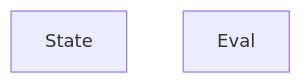
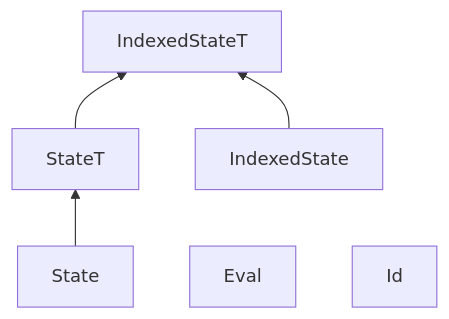
The second of 2 diagrams in README.md (lamdalib/kuram), drawn with Mermaid before and after one commit. The commit also changed other lines of this file, not shown here.

````diff
--- a/README.md
+++ b/README.md
@@ -147,5 +147,7 @@
 ```mermaid
 flowchart BT
-    State
+    State --> StateT --> IndexedStateT
+    IndexedState --> IndexedStateT
     Eval
+    Id
 ```
````
